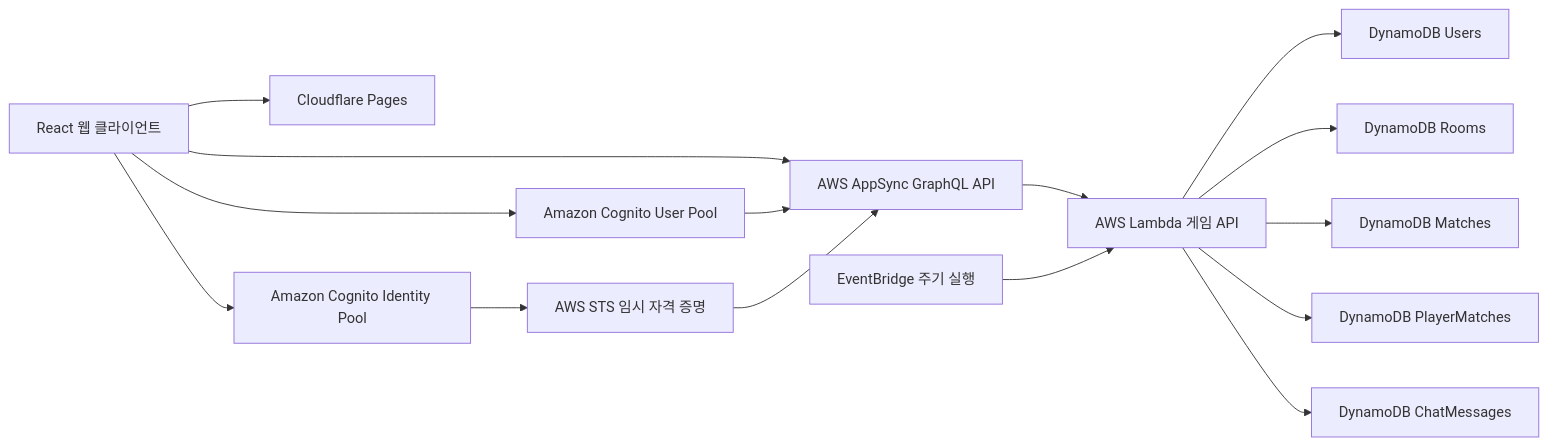
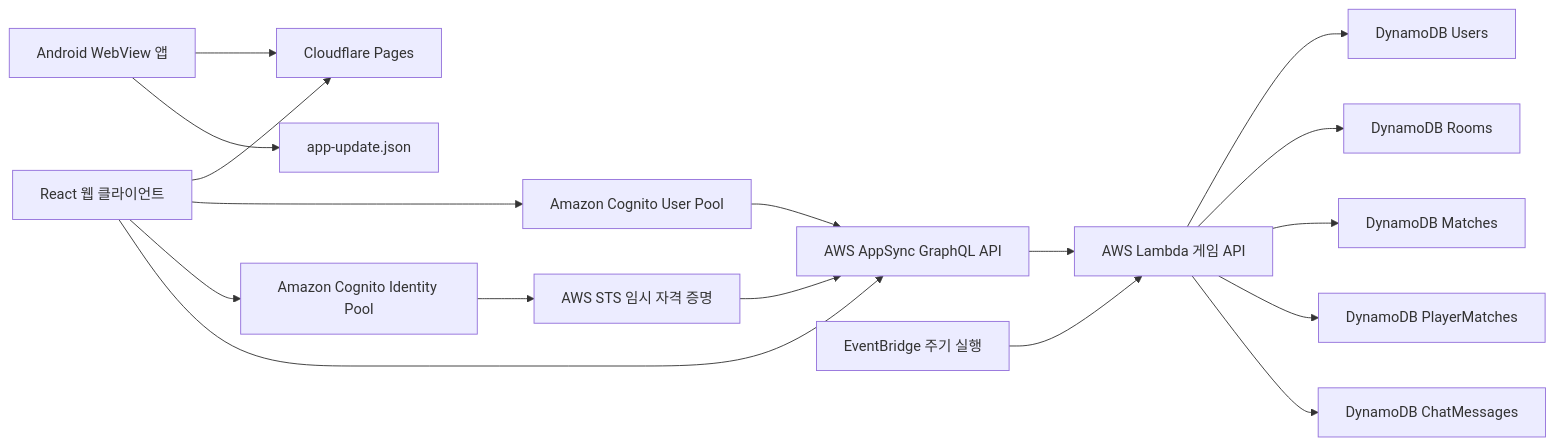
The first of 3 diagrams in README.md (Mobil0010/MiniGameJoin), drawn with Mermaid before and after one commit. The commit also changed other lines of this file and 5 other files, not shown here.

Commit message:
feat: add Android app integration

````diff
--- a/README.md
+++ b/README.md
@@ -145,17 +160,19 @@
 ```mermaid
 flowchart LR
     Browser["React 웹 클라이언트"] --> Pages["Cloudflare Pages"]
+    Android["Android WebView 앱"] --> Pages
+    Android --> UpdateManifest["app-update.json"]
     Browser --> UserPool["Amazon Cognito User Pool"]
     Browser --> IdentityPool["Amazon Cognito Identity Pool"]
     IdentityPool --> STS["AWS STS 임시 자격 증명"]
     Browser --> AppSync["AWS AppSync GraphQL API"]
     UserPool --> AppSync
     STS --> AppSync
     AppSync --> Lambda["AWS Lambda 게임 API"]
     Lambda --> Users["DynamoDB Users"]
     Lambda --> Rooms["DynamoDB Rooms"]
     Lambda --> Matches["DynamoDB Matches"]
     Lambda --> PlayerMatches["DynamoDB PlayerMatches"]
     Lambda --> Chat["DynamoDB ChatMessages"]
     Scheduler["EventBridge 주기 실행"] --> Lambda
 ```
````
